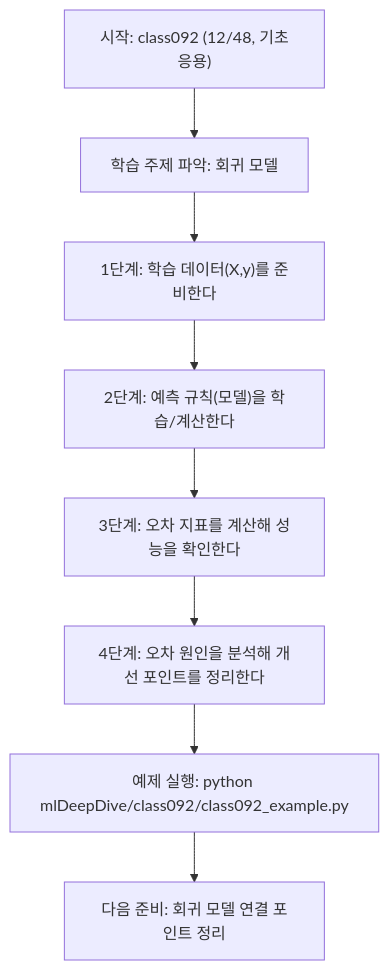
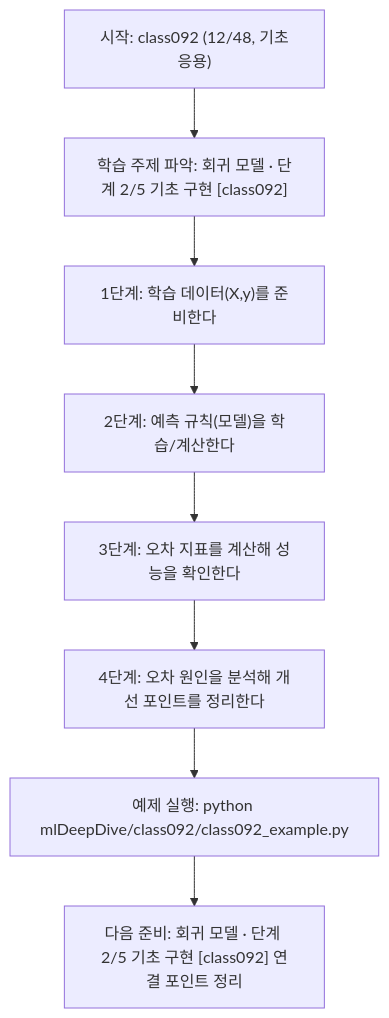
Before and after one commit to edumgt/Python-AI_Agent-Class: the diagram in mlDeepDive/class092/class092.md, drawn with Mermaid. The commit also changed other lines of this file and 522 other files, not shown here.

````diff
--- a/mlDeepDive/class092/class092.md
+++ b/mlDeepDive/class092/class092.md
@@ -108,18 +109,18 @@
 ```mermaid
 flowchart TD
 N1["시작: class092 (12/48, 기초응용)"]
-N2["학습 주제 파악: 회귀 모델"]
+N2["학습 주제 파악: 회귀 모델 · 단계 2/5 기초 구현 [class092]"]
 N3["1단계: 학습 데이터(X,y)를 준비한다"]
 N4["2단계: 예측 규칙(모델)을 학습/계산한다"]
 N5["3단계: 오차 지표를 계산해 성능을 확인한다"]
 N6["4단계: 오차 원인을 분석해 개선 포인트를 정리한다"]
 N7["예제 실행: python mlDeepDive/class092/class092_example.py"]
-N8["다음 준비: 회귀 모델 연결 포인트 정리"]
+N8["다음 준비: 회귀 모델 · 단계 2/5 기초 구현 [class092] 연결 포인트 정리"]
 N1 --> N2
 N2 --> N3
 N3 --> N4
 N4 --> N5
 N5 --> N6
 N6 --> N7
 N7 --> N8
 ```
````
